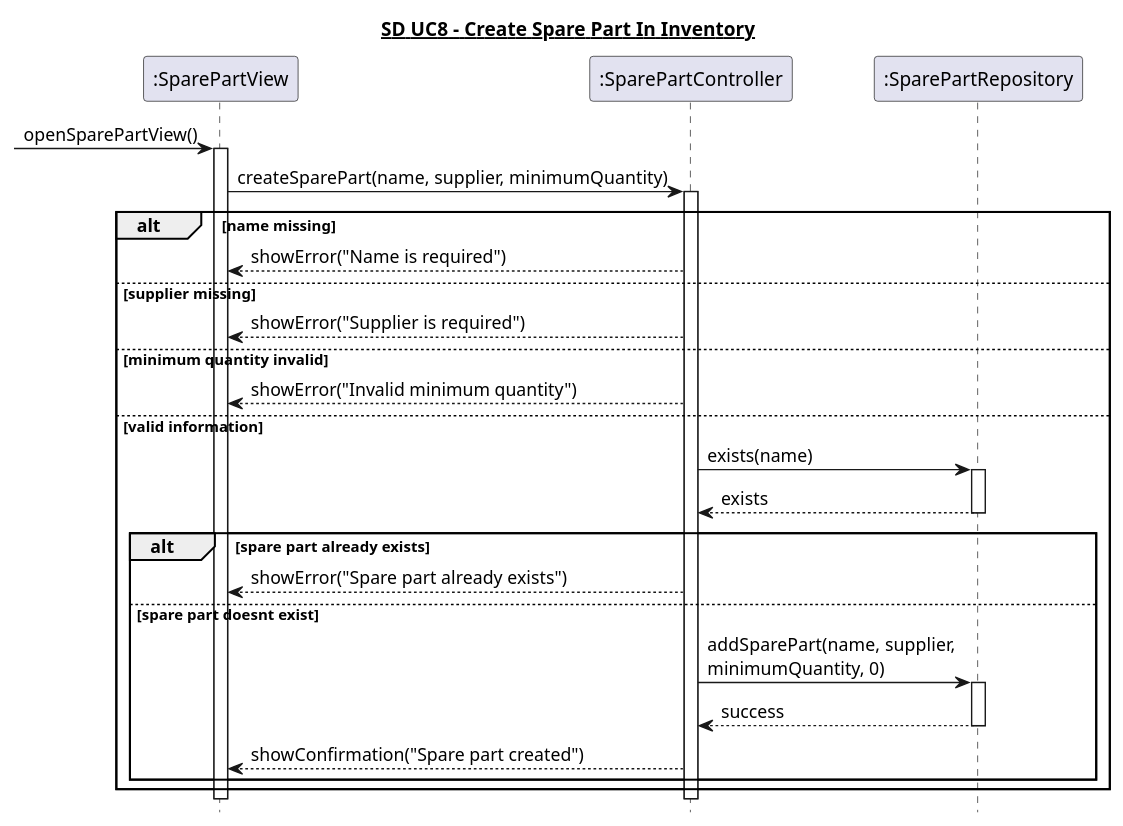
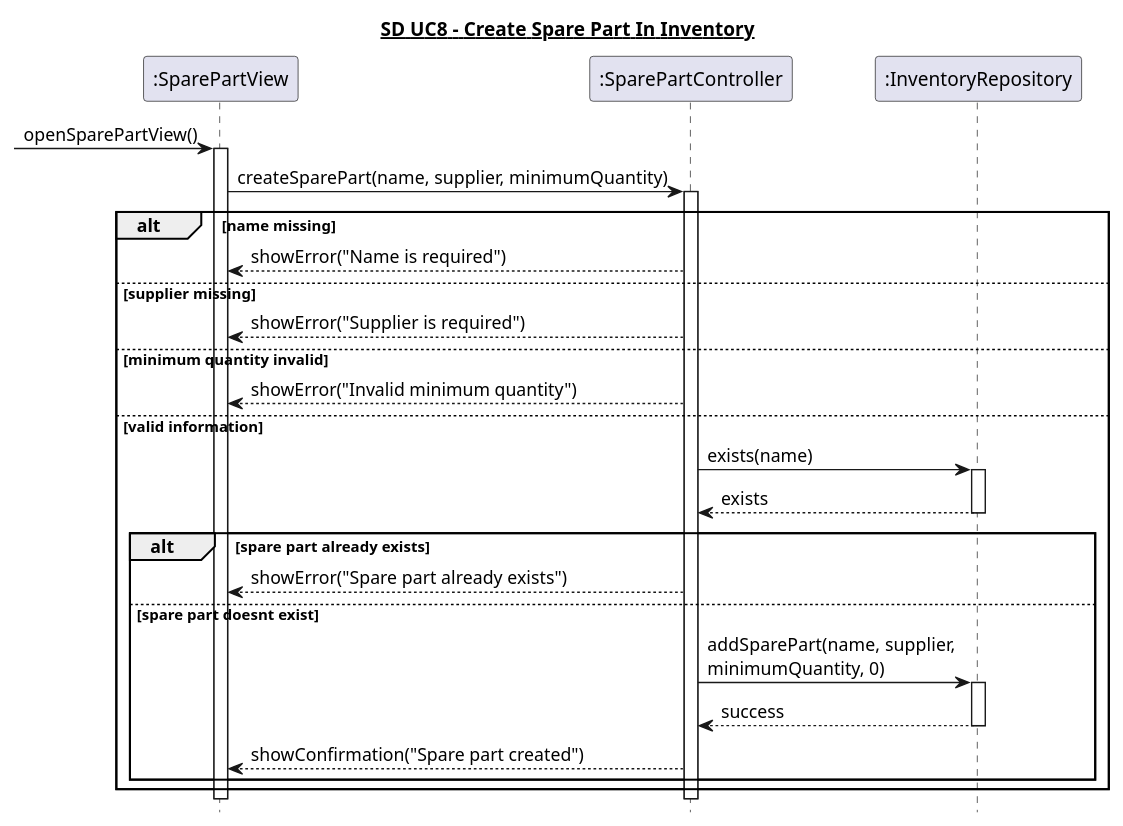
The diagram in 6. Sekvens Diagrammer/UC8_opret_reservedel.puml (Zoabz/Getting-Real), drawn with PlantUML before and after one commit. The commit also changed 48 other files, not shown here.

```diff
--- a/6. Sekvens Diagrammer/UC8_opret_reservedel.puml
+++ b/6. Sekvens Diagrammer/UC8_opret_reservedel.puml
@@ -1,46 +1,46 @@
 @startuml
 hide footbox
 title <U>SD UC8 - Create Spare Part In Inventory</U>
 
 participant ":SparePartView" as View
 participant ":SparePartController" as Controller
-participant ":SparePartRepository" as Repository
+participant ":InventoryRepository" as Repository
 
 [-> View : openSparePartView()
 activate View
 
 View -> Controller : createSparePart(name, supplier, minimumQuantity)
 activate Controller
 
 alt name missing
     Controller --> View : showError("Name is required")
 
 else supplier missing
     Controller --> View : showError("Supplier is required")
 
 else minimum quantity invalid
     Controller --> View : showError("Invalid minimum quantity")
 
 else valid information
     Controller -> Repository : exists(name)
     activate Repository
     Repository --> Controller : exists
     deactivate Repository
 
     alt spare part already exists
         Controller --> View : showError("Spare part already exists")
 
     else spare part doesnt exist 
         Controller -> Repository : addSparePart(name, supplier,\nminimumQuantity, 0)
         activate Repository
         Repository --> Controller : success
         deactivate Repository
 
         Controller --> View : showConfirmation("Spare part created")
     end
 end
 
 deactivate Controller
 deactivate View
 
 @enduml
```
